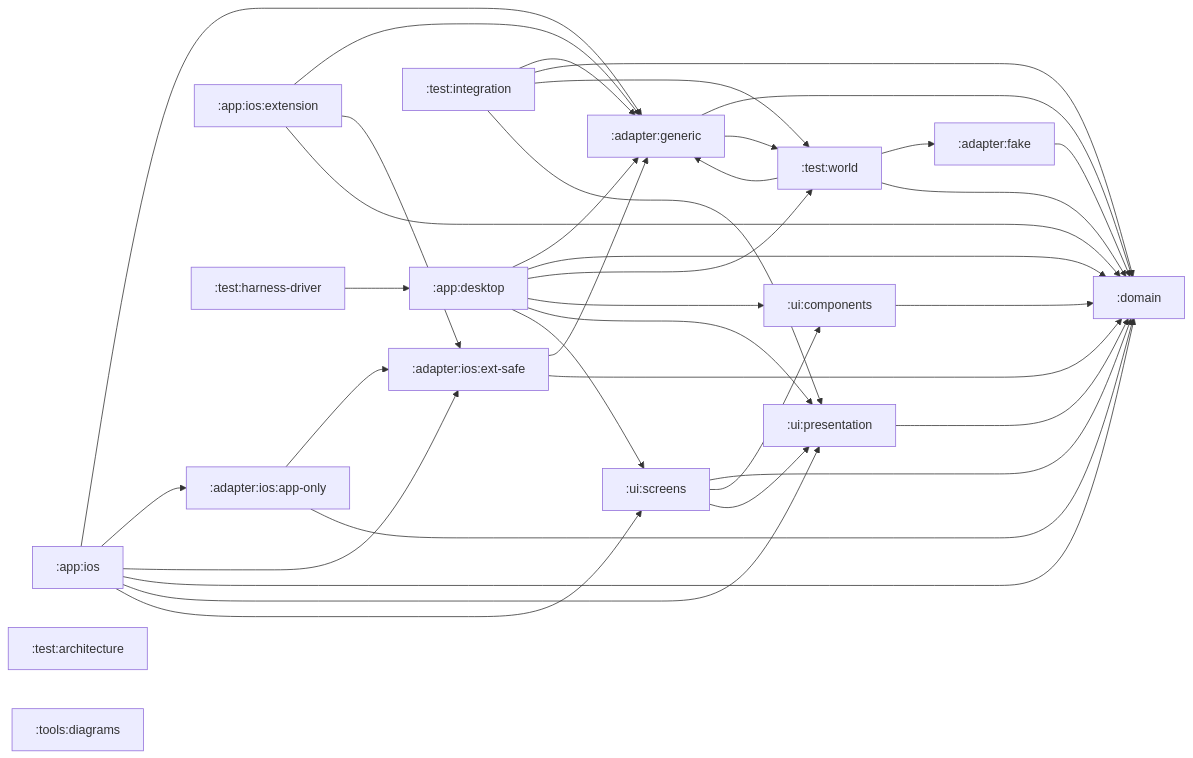
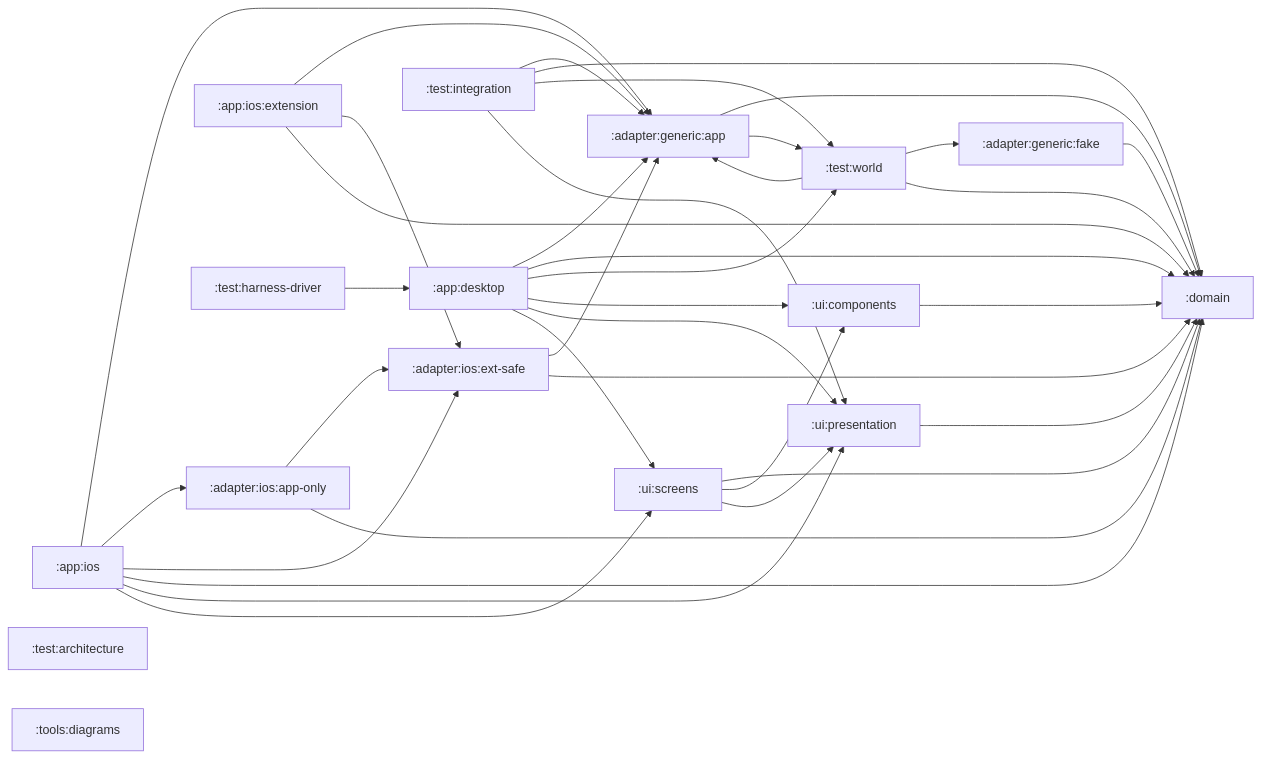
The diagram in architecture/modules.md (stefanhoelzl/SnapSync), drawn with Mermaid before and after one commit. The commit also changed 81 other files, not shown here.

First line of the commit message:
refactor(architecture): the adapter tree goes uniformly two-level

````diff
--- a/architecture/modules.md
+++ b/architecture/modules.md
@@ -7,54 +7,54 @@
 ```mermaid
 flowchart LR
-  adapter_fake[":adapter:fake"]
-  adapter_generic[":adapter:generic"]
+  adapter_generic_app[":adapter:generic:app"]
+  adapter_generic_fake[":adapter:generic:fake"]
   adapter_ios_app_only[":adapter:ios:app-only"]
   adapter_ios_ext_safe[":adapter:ios:ext-safe"]
   app_desktop[":app:desktop"]
   app_ios[":app:ios"]
   app_ios_extension[":app:ios:extension"]
   domain[":domain"]
   test_architecture[":test:architecture"]
   test_harness_driver[":test:harness-driver"]
   test_integration[":test:integration"]
   test_world[":test:world"]
   tools_diagrams[":tools:diagrams"]
   ui_components[":ui:components"]
   ui_presentation[":ui:presentation"]
   ui_screens[":ui:screens"]
-  adapter_fake --> domain
-  adapter_generic --> domain
-  adapter_generic --> test_world
+  adapter_generic_app --> domain
+  adapter_generic_app --> test_world
+  adapter_generic_fake --> domain
   adapter_ios_app_only --> adapter_ios_ext_safe
   adapter_ios_app_only --> domain
-  adapter_ios_ext_safe --> adapter_generic
+  adapter_ios_ext_safe --> adapter_generic_app
   adapter_ios_ext_safe --> domain
-  app_desktop --> adapter_generic
+  app_desktop --> adapter_generic_app
   app_desktop --> domain
   app_desktop --> test_world
   app_desktop --> ui_components
   app_desktop --> ui_presentation
   app_desktop --> ui_screens
-  app_ios --> adapter_generic
+  app_ios --> adapter_generic_app
   app_ios --> adapter_ios_app_only
   app_ios --> adapter_ios_ext_safe
   app_ios --> domain
   app_ios --> ui_presentation
   app_ios --> ui_screens
-  app_ios_extension --> adapter_generic
+  app_ios_extension --> adapter_generic_app
   app_ios_extension --> adapter_ios_ext_safe
   app_ios_extension --> domain
   test_harness_driver --> app_desktop
-  test_integration --> adapter_generic
+  test_integration --> adapter_generic_app
   test_integration --> domain
   test_integration --> test_world
   test_integration --> ui_presentation
-  test_world --> adapter_fake
-  test_world --> adapter_generic
+  test_world --> adapter_generic_app
+  test_world --> adapter_generic_fake
   test_world --> domain
   ui_components --> domain
   ui_presentation --> domain
   ui_screens --> domain
   ui_screens --> ui_components
   ui_screens --> ui_presentation
 ```
````
